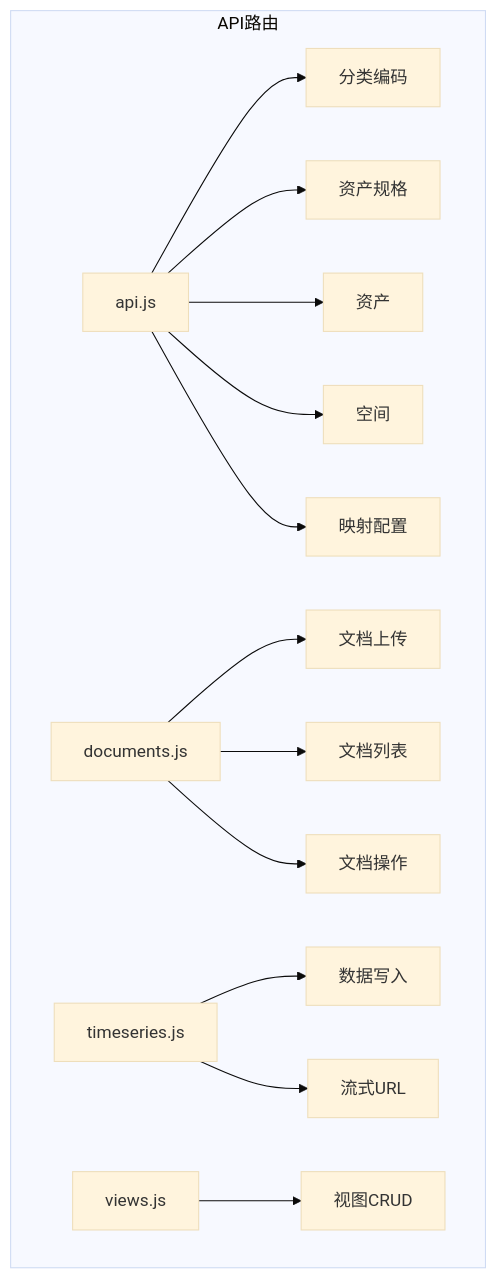
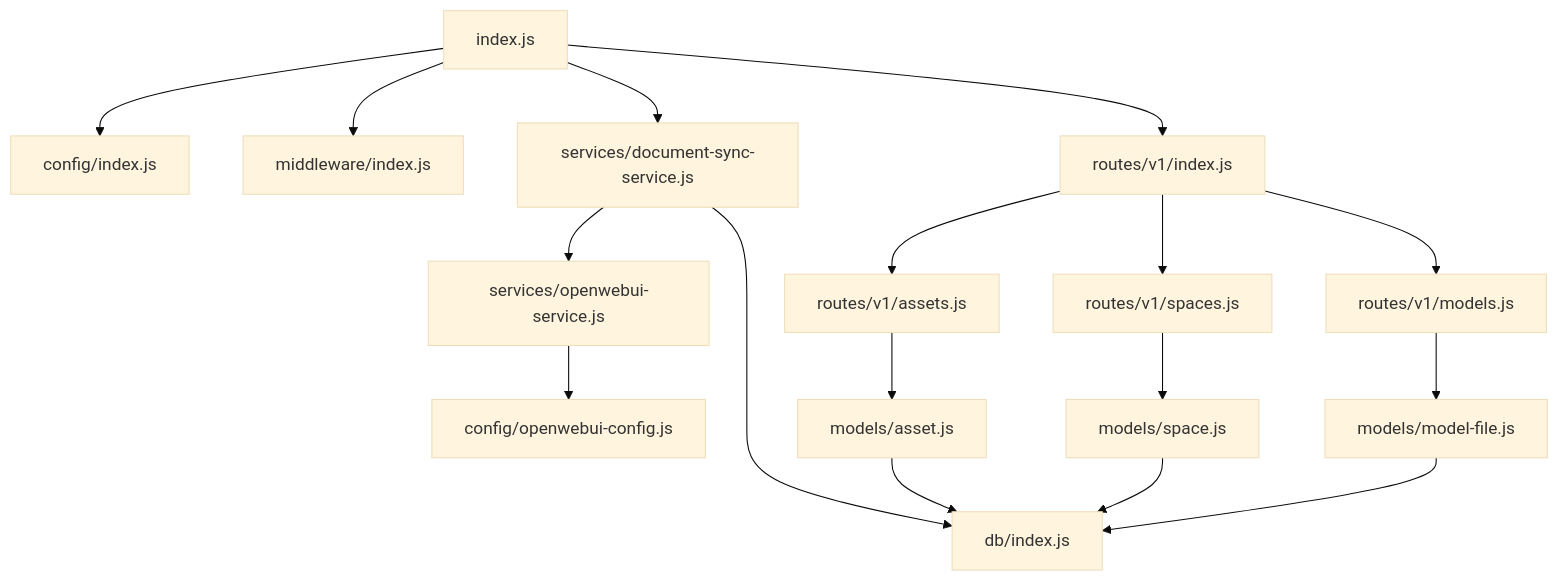
The sixth of 6 diagrams in .qoder/repowiki/zh/content/后端架构/后端架构.md (ideeinfo/TwinSight), drawn with Mermaid (base theme) before and after one commit. The commit also changed other lines of this file and 227 other files, not shown here.

````diff
--- a/.qoder/repowiki/zh/content/后端架构/后端架构.md
+++ b/.qoder/repowiki/zh/content/后端架构/后端架构.md
@@ -82,16 +271,19 @@
 ```mermaid
-graph TB
-subgraph "API路由"
-A[api.js] --> B[分类编码]
-A --> C[资产规格]
-A --> D[资产]
-A --> E[空间]
-A --> F[映射配置]
-G[documents.js] --> H[文档上传]
-G --> I[文档列表]
-G --> J[文档操作]
-K[timeseries.js] --> L[数据写入]
-K --> M[流式URL]
-N[views.js] --> O[视图CRUD]
-end
+graph TD
+A[index.js] --> B[config/index.js]
+A --> C[middleware/index.js]
+A --> D[routes/v1/index.js]
+A --> E[services/document-sync-service.js]
+D --> F[routes/v1/assets.js]
+D --> G[routes/v1/spaces.js]
+D --> H[routes/v1/models.js]
+E --> I[services/openwebui-service.js]
+E --> J[db/index.js]
+I --> K[config/openwebui-config.js]
+F --> L[models/asset.js]
+G --> M[models/space.js]
+H --> N[models/model-file.js]
+L --> J
+M --> J
+N --> J
 ```
````
